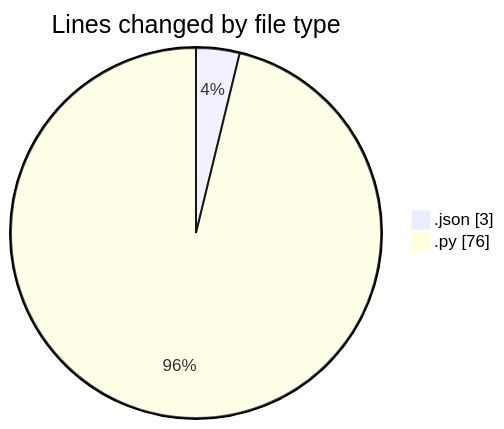
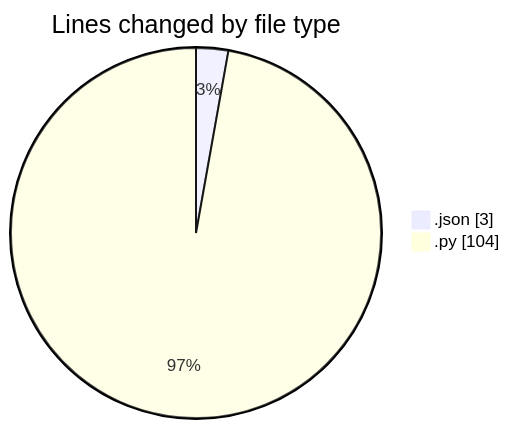
Before and after one commit to MatusMokan/code-tracking: the first of 2 diagrams in 2025-10-08/untitled__workspace_/README.md, drawn with Mermaid. The commit also changed other lines of this file and 1 other file, not shown here.

````diff
--- a/2025-10-08/untitled__workspace_/README.md
+++ b/2025-10-08/untitled__workspace_/README.md
@@ -21,6 +21,6 @@
 ```mermaid
 pie showData
 title Lines changed by file type
 ".json" : 3
-".py" : 76
+".py" : 104
 ```
````
